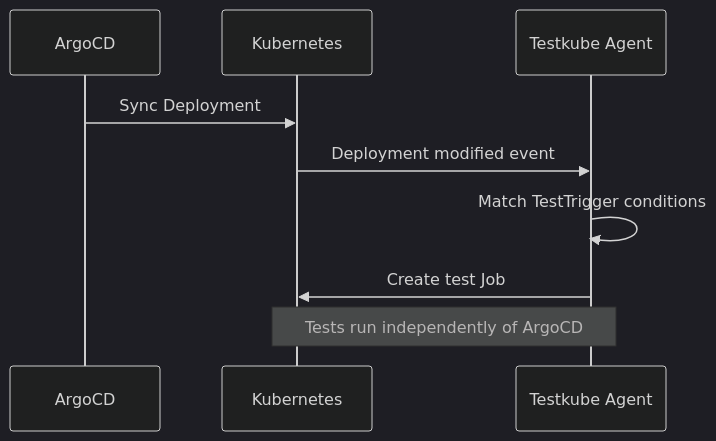
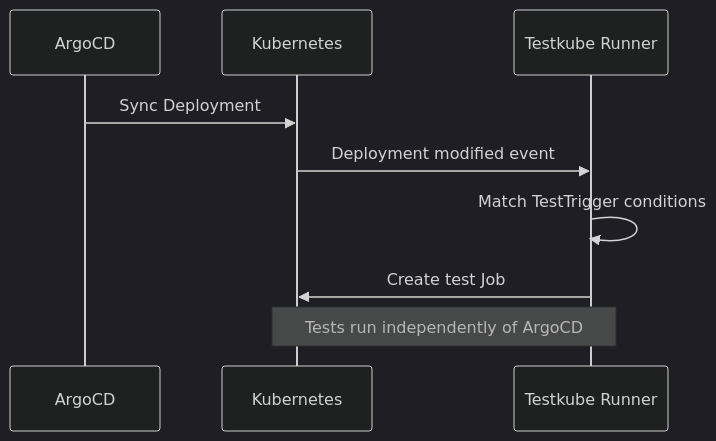
The second of 2 diagrams in docs/articles/argocd-integration.md (kubeshop/testkube-docs), drawn with Mermaid (dark theme) before and after one commit. The commit also changed other lines of this file and 91 other files, not shown here.

````diff
--- a/docs/articles/argocd-integration.md
+++ b/docs/articles/argocd-integration.md
@@ -59,12 +59,12 @@
 ```mermaid
 sequenceDiagram
     participant Argo as ArgoCD
     participant K8s as Kubernetes
-    participant Agent as Testkube Agent
+    participant Runner as Testkube Runner
 
     Argo->>K8s: Sync Deployment
-    K8s->>Agent: Deployment modified event
-    Agent->>Agent: Match TestTrigger conditions
-    Agent->>K8s: Create test Job
-    Note over Agent,K8s: Tests run independently of ArgoCD
+    K8s->>Runner: Deployment modified event
+    Runner->>Runner: Match TestTrigger conditions
+    Runner->>K8s: Create test Job
+    Note over Runner,K8s: Tests run independently of ArgoCD
 ```
````
